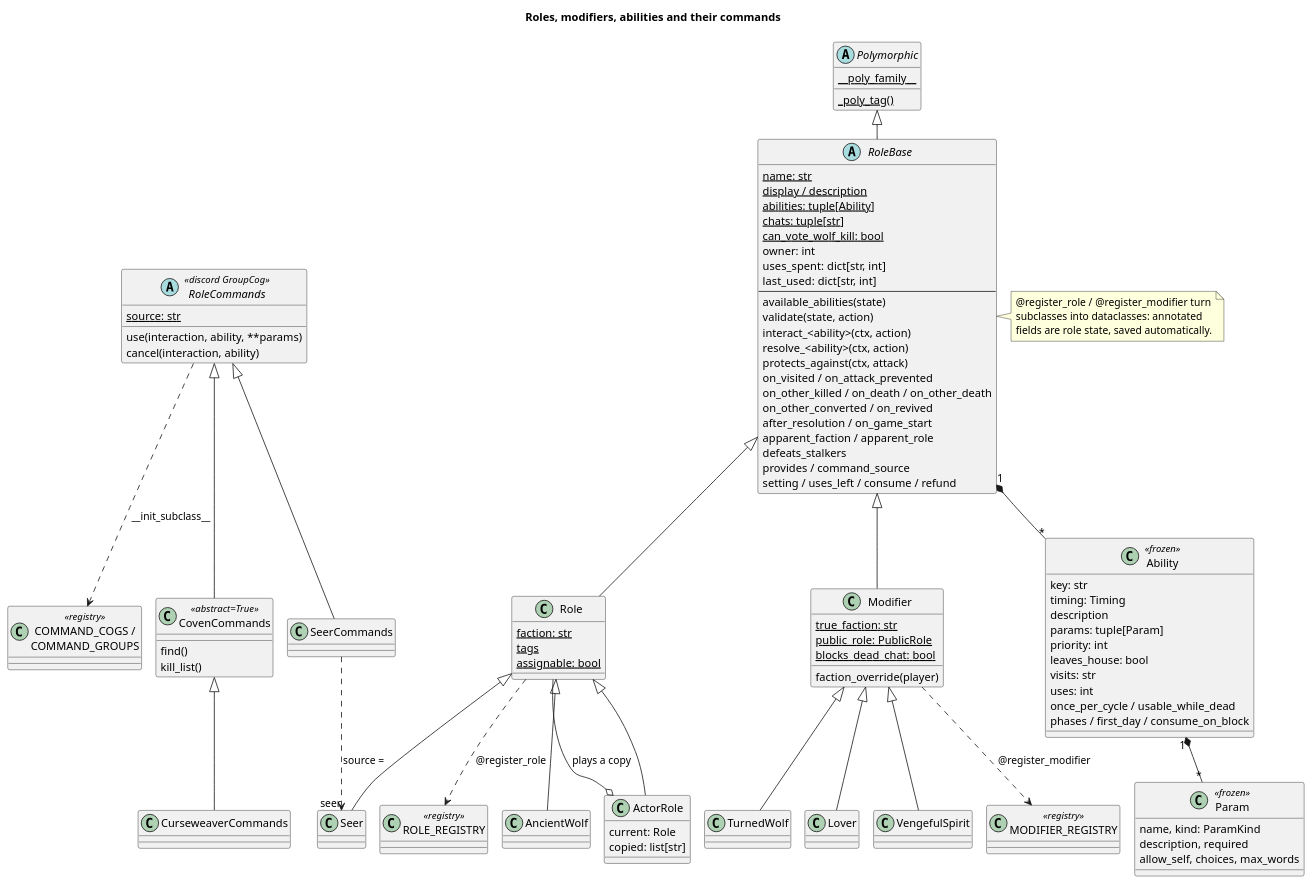
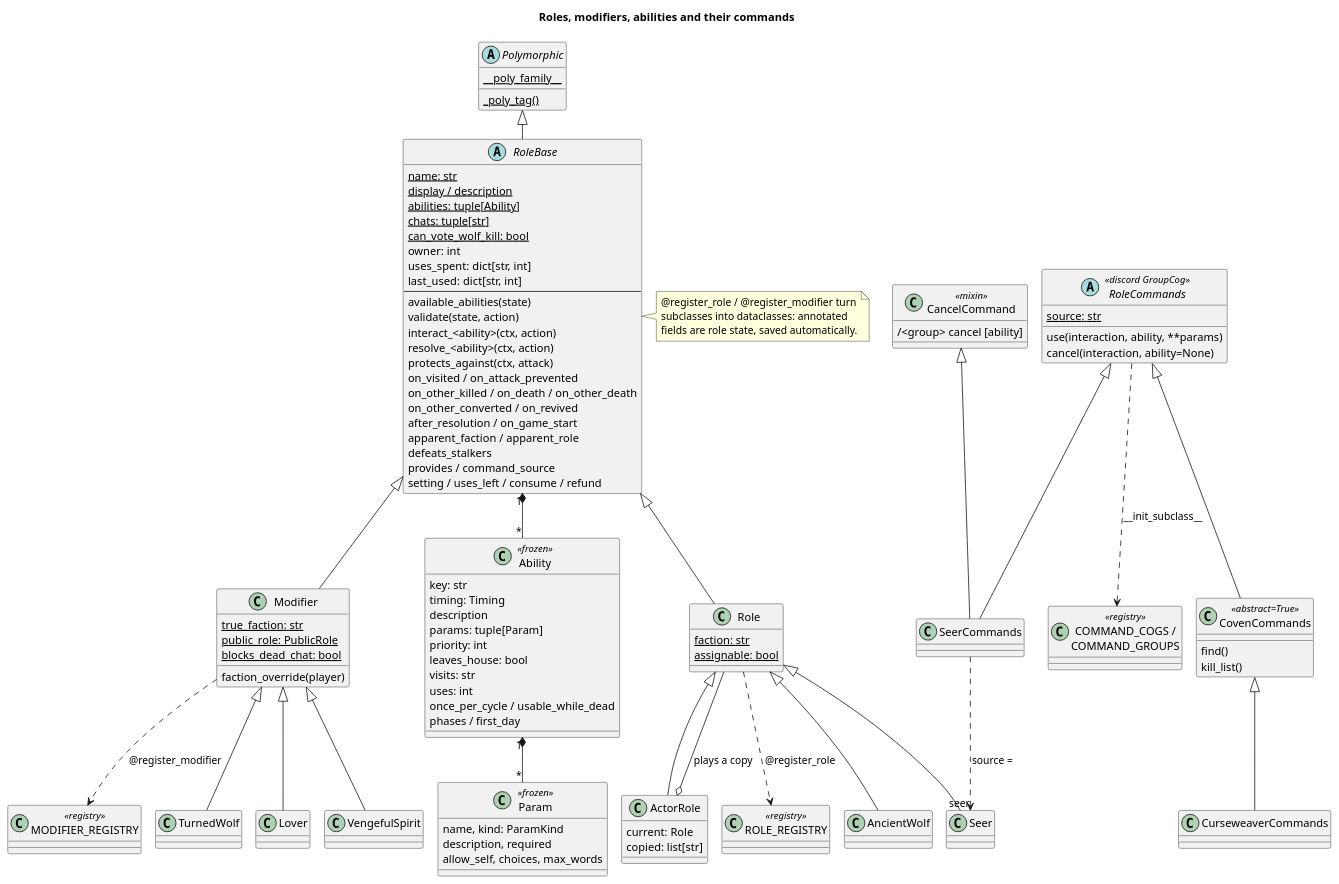
One commit to Mad-Scientist-Guild/Werewolves-bot changed the diagram in Docs/diagrams/05-roles-and-abilities.puml. Above: the diagram before and after it, drawn with PlantUML. The commit also changed 87 other files, not shown here.

```diff
--- a/Docs/diagrams/05-roles-and-abilities.puml
+++ b/Docs/diagrams/05-roles-and-abilities.puml
@@ -1,120 +1,123 @@
 @startuml 05-roles-and-abilities
 !pragma layout smetana
 title Roles, modifiers, abilities and their commands
 
 abstract class Polymorphic {
   {static} __poly_family__
   {static} _poly_tag()
 }
 
 abstract class RoleBase {
   {static} name: str
   {static} display / description
   {static} abilities: tuple[Ability]
   {static} chats: tuple[str]
   {static} can_vote_wolf_kill: bool
   owner: int
   uses_spent: dict[str, int]
   last_used: dict[str, int]
   --
   available_abilities(state)
   validate(state, action)
   interact_<ability>(ctx, action)
   resolve_<ability>(ctx, action)
   protects_against(ctx, attack)
   on_visited / on_attack_prevented
   on_other_killed / on_death / on_other_death
   on_other_converted / on_revived
   after_resolution / on_game_start
   apparent_faction / apparent_role
   defeats_stalkers
   provides / command_source
   setting / uses_left / consume / refund
 }
 
 class Role {
   {static} faction: str
-  {static} tags
   {static} assignable: bool
 }
 
 class Modifier {
   {static} true_faction: str
   {static} public_role: PublicRole
   {static} blocks_dead_chat: bool
   faction_override(player)
 }
 
 class Ability <<frozen>> {
   key: str
   timing: Timing
   description
   params: tuple[Param]
   priority: int
   leaves_house: bool
   visits: str
   uses: int
   once_per_cycle / usable_while_dead
-  phases / first_day / consume_on_block
+  phases / first_day
 }
 
 class Param <<frozen>> {
   name, kind: ParamKind
   description, required
   allow_self, choices, max_words
 }
 
 class Seer
 class AncientWolf
 class ActorRole {
   current: Role
   copied: list[str]
 }
 class TurnedWolf
 class Lover
 class VengefulSpirit
 
 abstract class RoleCommands <<discord GroupCog>> {
   {static} source: str
   use(interaction, ability, **params)
-  cancel(interaction, ability)
+  cancel(interaction, ability=None)
+}
+class CancelCommand <<mixin>> {
+  /<group> cancel [ability]
 }
 class SeerCommands
 class CovenCommands <<abstract=True>> {
   find()
   kill_list()
 }
 class CurseweaverCommands
 
 class "ROLE_REGISTRY" as RR <<registry>>
 class "MODIFIER_REGISTRY" as MR <<registry>>
 class "COMMAND_COGS /\nCOMMAND_GROUPS" as CR <<registry>>
 
 Polymorphic <|-- RoleBase
 RoleBase <|-- Role
 RoleBase <|-- Modifier
 Role <|-- Seer
 Role <|-- AncientWolf
 Role <|-- ActorRole
 Modifier <|-- TurnedWolf
 Modifier <|-- Lover
 Modifier <|-- VengefulSpirit
 ActorRole o-- Role : plays a copy
 RoleBase "1" *-- "*" Ability
 Ability "1" *-- "*" Param
 
 RoleCommands <|-- SeerCommands
+CancelCommand <|-- SeerCommands
 RoleCommands <|-- CovenCommands
 CovenCommands <|-- CurseweaverCommands
 SeerCommands ..> Seer : source = "seer"
 
 Role ..> RR : @register_role
 Modifier ..> MR : @register_modifier
 RoleCommands ..> CR : __init_subclass__
 
 note right of RoleBase
   @register_role / @register_modifier turn
   subclasses into dataclasses: annotated
   fields are role state, saved automatically.
 end note
 @enduml
```
